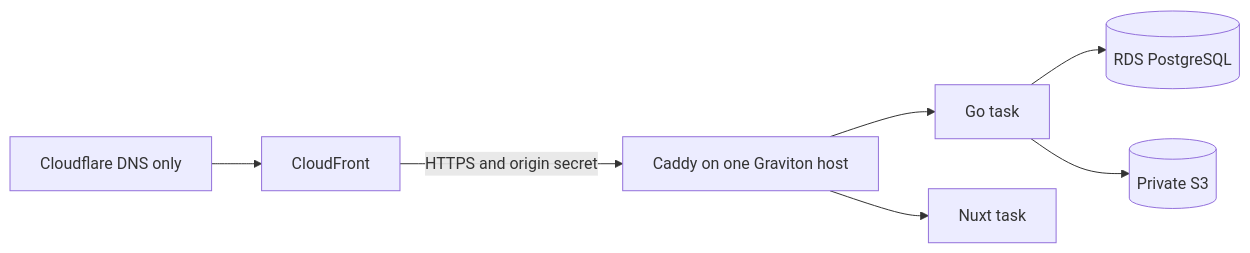
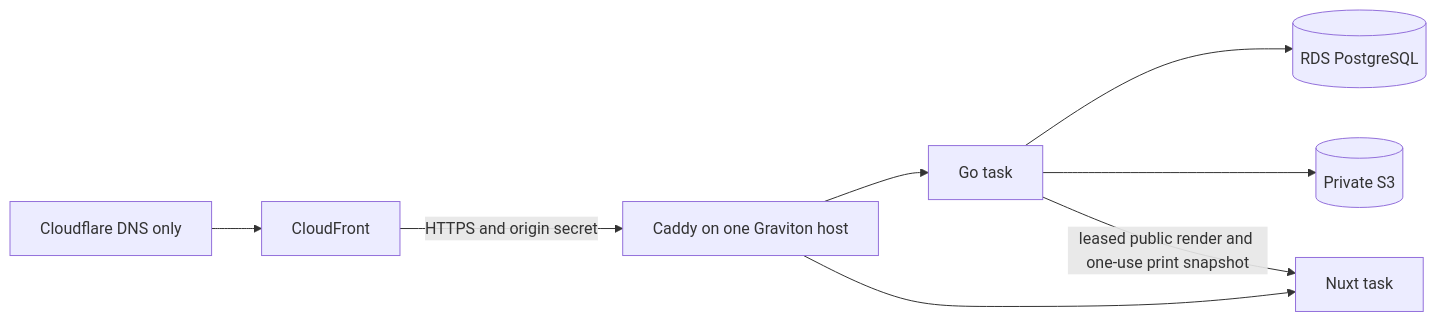
One commit to dannyota/aboutme changed the diagram in docs/design/deployment.md. Above: the diagram before and after it, drawn with Mermaid. The commit also changed other lines of this file and 71 other files, not shown here.

````diff
--- a/docs/design/deployment.md
+++ b/docs/design/deployment.md
@@ -28,9 +28,10 @@
 ```mermaid
 graph LR
     DNS[Cloudflare DNS only] --> CF[CloudFront]
     CF -->|HTTPS and origin secret| CA[Caddy on one Graviton host]
     CA --> GO[Go task]
     CA --> NX[Nuxt task]
     GO --> PG[(RDS PostgreSQL)]
     GO --> S3[(Private S3)]
+    GO -->|leased public render and one-use print snapshot| NX
 ```
````
